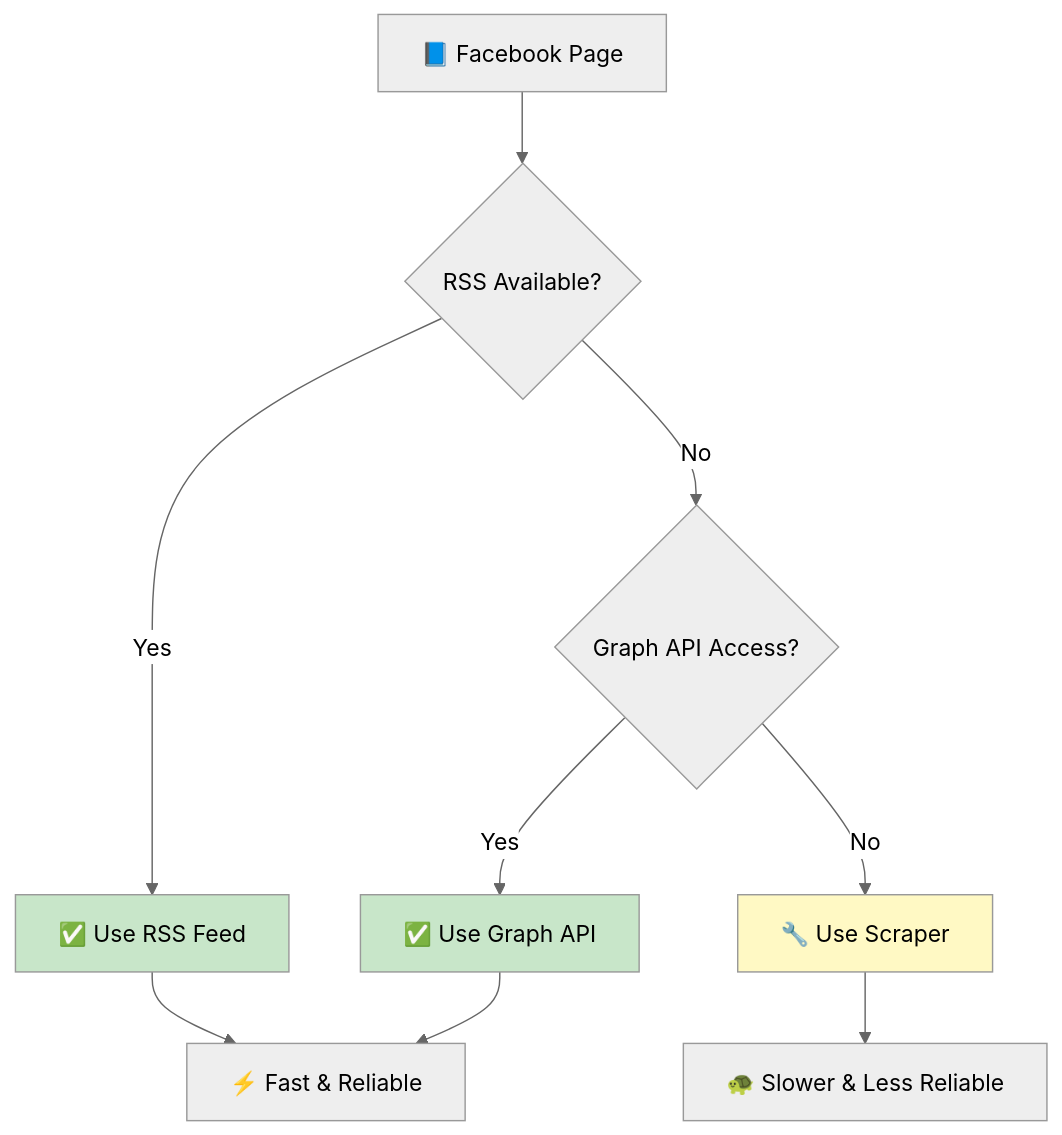
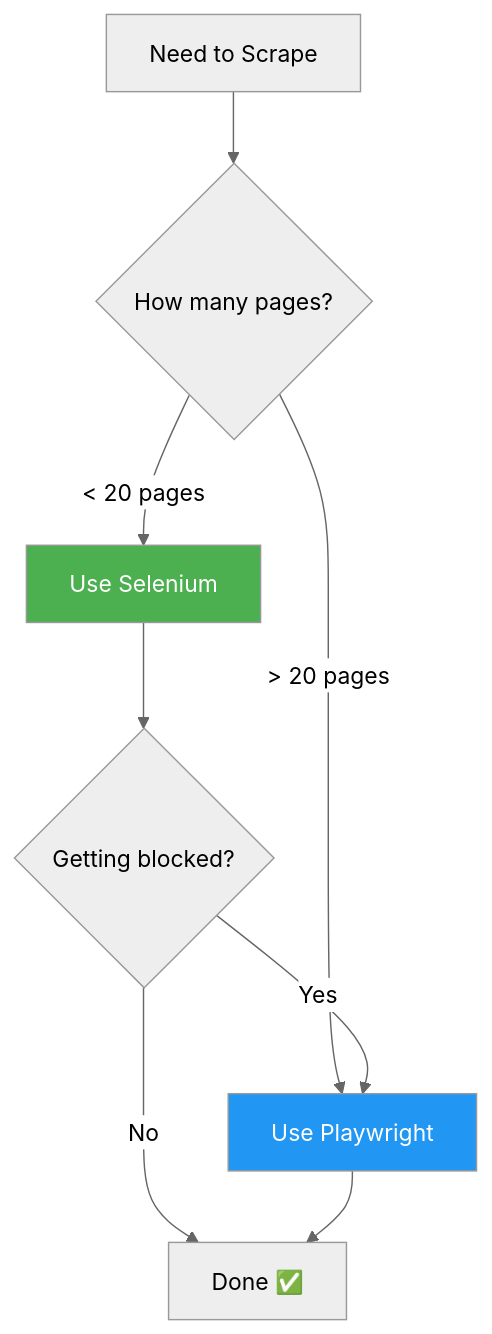
One commit to BrentFordVRemerata/Facebook-Scraper changed the third of 3 diagrams in GUIDE.md. Above: the diagram before and after it, drawn with Mermaid (neutral theme). The commit also changed other lines of this file and 5 other files, not shown here.

````diff
--- a/GUIDE.md
+++ b/GUIDE.md
@@ -935,18 +308,16 @@
 ```mermaid
 flowchart TD
-    Source[📘 Facebook Page] --> CheckRSS{RSS Available?}
+    Start[Need to Scrape] --> Q1{How many pages?}
     
-    CheckRSS -->|Yes| UseRSS[✅ Use RSS Feed]
-    CheckRSS -->|No| CheckAPI{Graph API Access?}
+    Q1 -->|"< 20 pages"| Selenium[Use Selenium]
+    Q1 -->|"> 20 pages"| Playwright[Use Playwright]
     
-    CheckAPI -->|Yes| UseAPI[✅ Use Graph API]
-    CheckAPI -->|No| UseScraper[🔧 Use Scraper]
+    Selenium --> Q2{Getting blocked?}
+    Q2 -->|Yes| Playwright
+    Q2 -->|No| Done[Done ✅]
     
-    UseRSS --> Fast[⚡ Fast & Reliable]
-    UseAPI --> Fast
-    UseScraper --> Slow[🐢 Slower & Less Reliable]
+    Playwright --> Done
     
-    style UseRSS fill:#c8e6c9
-    style UseAPI fill:#c8e6c9
-    style UseScraper fill:#fff9c4
+    style Selenium fill:#4caf50,color:#fff
+    style Playwright fill:#2196f3,color:#fff
 ```
````
